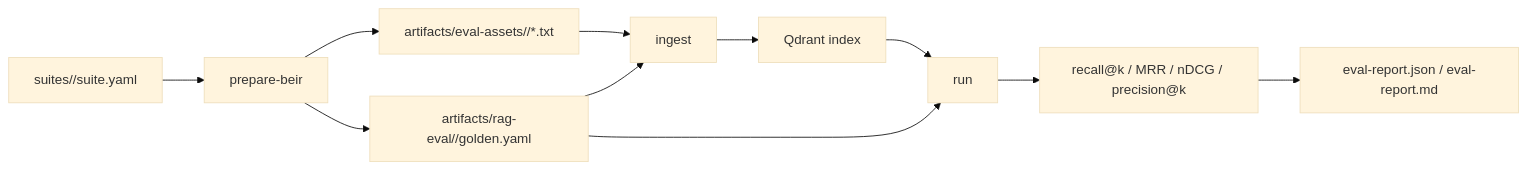
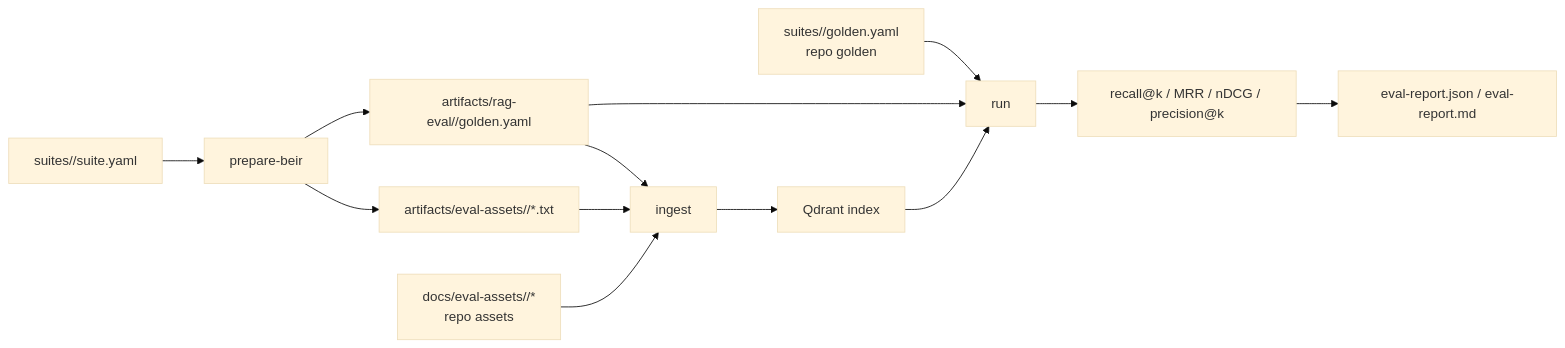
Before and after one commit to li798044887/a-rag: the diagram in docs/notes/rag-eval-harness.md, drawn with Mermaid (base theme). The commit also changed other lines of this file and 14 other files, not shown here.

````diff
--- a/docs/notes/rag-eval-harness.md
+++ b/docs/notes/rag-eval-harness.md
@@ -8,13 +9,15 @@
 ```mermaid
 flowchart LR
   C["suites/<suite>/suite.yaml"] --> P["prepare-beir"]
   P --> A["artifacts/eval-assets/<suite>/*.txt"]
   P --> G["artifacts/rag-eval/<suite>/golden.yaml"]
+  RG["suites/<suite>/golden.yaml<br>repo golden"] --> R
+  RA["docs/eval-assets/<suite>/*<br>repo assets"] --> I
   A --> I["ingest"]
   G --> I
   I --> Q["Qdrant index"]
   G --> R["run"]
   Q --> R
   R --> M["recall@k / MRR / nDCG / precision@k"]
   M --> O["eval-report.json / eval-report.md"]
 ```
````
